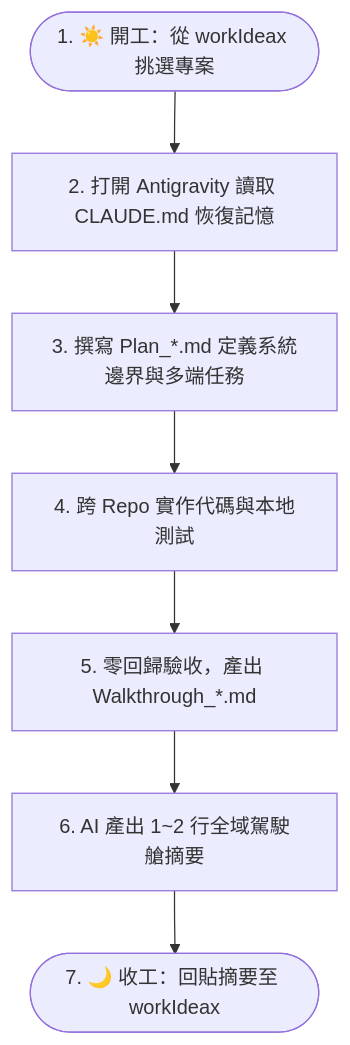
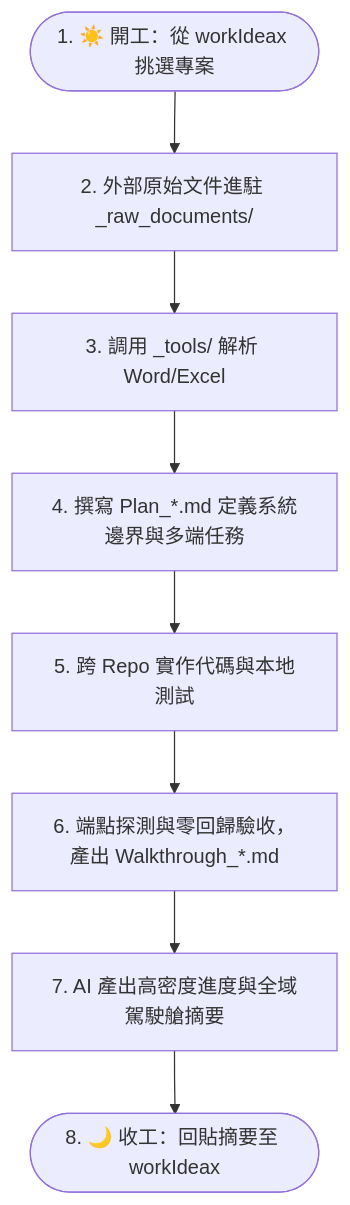
Before and after one commit to cchhss123/obs-temp: the diagram in 專案使用指南.md, drawn with Mermaid. The commit also changed other lines of this file and 15 other files, not shown here.

````diff
--- a/專案使用指南.md
+++ b/專案使用指南.md
@@ -127,9 +161,10 @@
 ```mermaid
 flowchart TD
-    Start([1. ☀️ 開工：從 workIdeax 挑選專案]) --> Restore[2. 打開 Antigravity 讀取 CLAUDE.md 恢復記憶]
-    Restore --> Plan[3. 撰寫 Plan_*.md 定義系統邊界與多端任務]
-    Plan --> Code[4. 跨 Repo 實作代碼與本地測試]
-    Code --> Test[5. 零回歸驗收，產出 Walkthrough_*.md]
-    Test --> Summary[6. AI 產出 1~2 行全域駕駛艙摘要]
-    Summary --> End([7. 🌙 收工：回貼摘要至 workIdeax])
+    Start([1. ☀️ 開工：從 workIdeax 挑選專案]) --> Ingest[2. 外部原始文件進駐 _raw_documents/]
+    Ingest --> Extract[3. 調用 _tools/ 解析 Word/Excel]
+    Extract --> Plan[4. 撰寫 Plan_*.md 定義系統邊界與多端任務]
+    Plan --> Code[5. 跨 Repo 實作代碼與本地測試]
+    Code --> Test[6. 端點探測與零回歸驗收，產出 Walkthrough_*.md]
+    Test --> Summary[7. AI 產出高密度進度與全域駕駛艙摘要]
+    Summary --> End([8. 🌙 收工：回貼摘要至 workIdeax])
 ```
````
